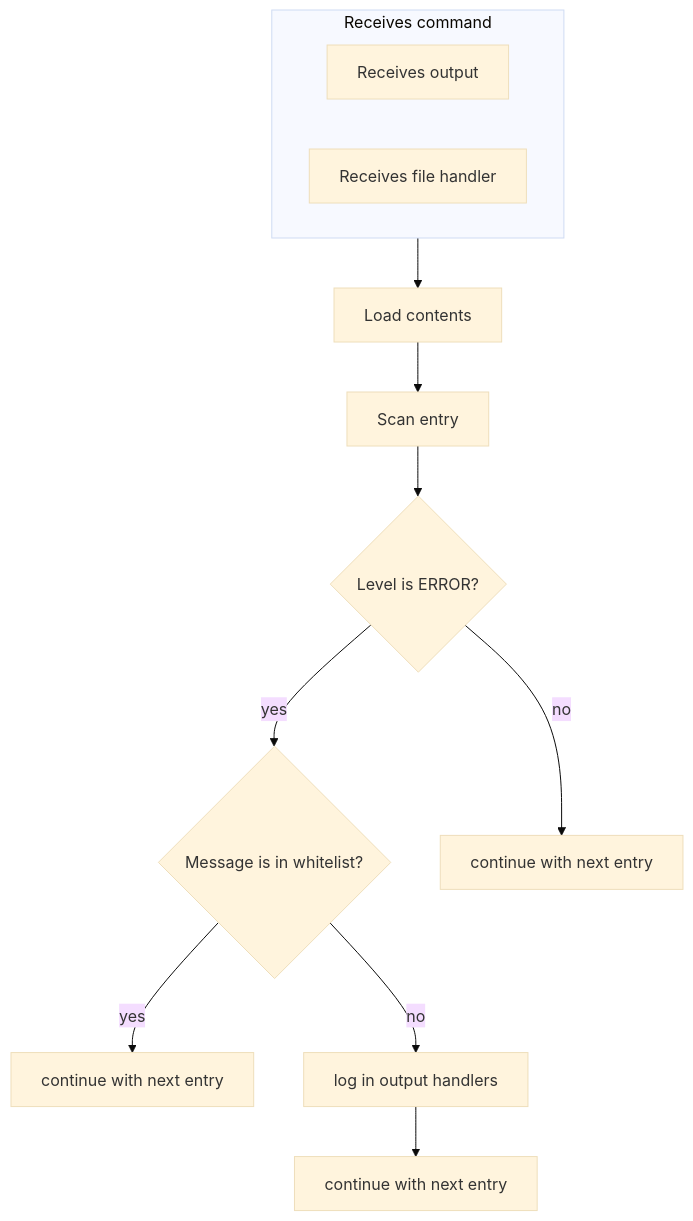
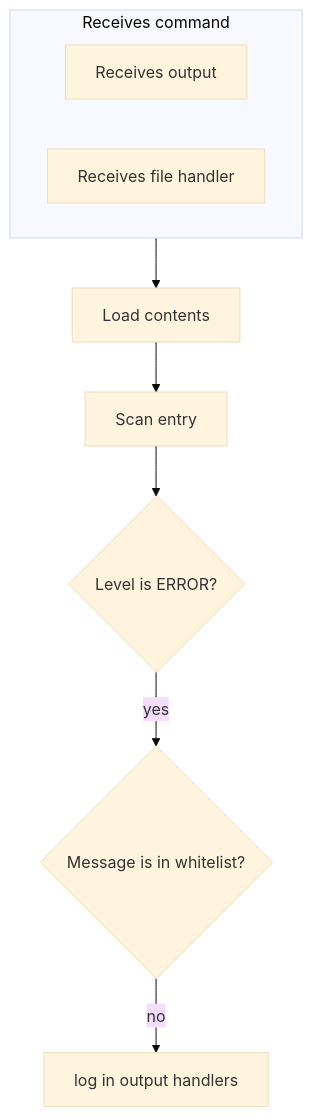
One commit to SuperMeister808/starter-snake-python changed the second of 2 diagrams in tools/log_analyzer/README.md. Above: the diagram before and after it, drawn with Mermaid (base theme).

Commit message:
tools/log_analyzer/README.md: How it works: flowcharts focusses more on coire logic

````diff
--- a/tools/log_analyzer/README.md
+++ b/tools/log_analyzer/README.md
@@ -51,16 +51,13 @@
 ```mermaid
 flowchart TD
 
 subgraph A[Receives command]
     B[Receives output]
     C[Receives file handler]
 end
 A --> D[Load contents]
 D --> E[Scan entry]
 E --> F{Level is ERROR?}
 F -- yes --> G{Message is in whitelist?}
-F -- no --> G1[continue with next entry]
-G -- yes --> H[continue with next entry]
 G -- no --> H1[log in output handlers]
-H1 --> I[continue with next entry]
 ```
````
